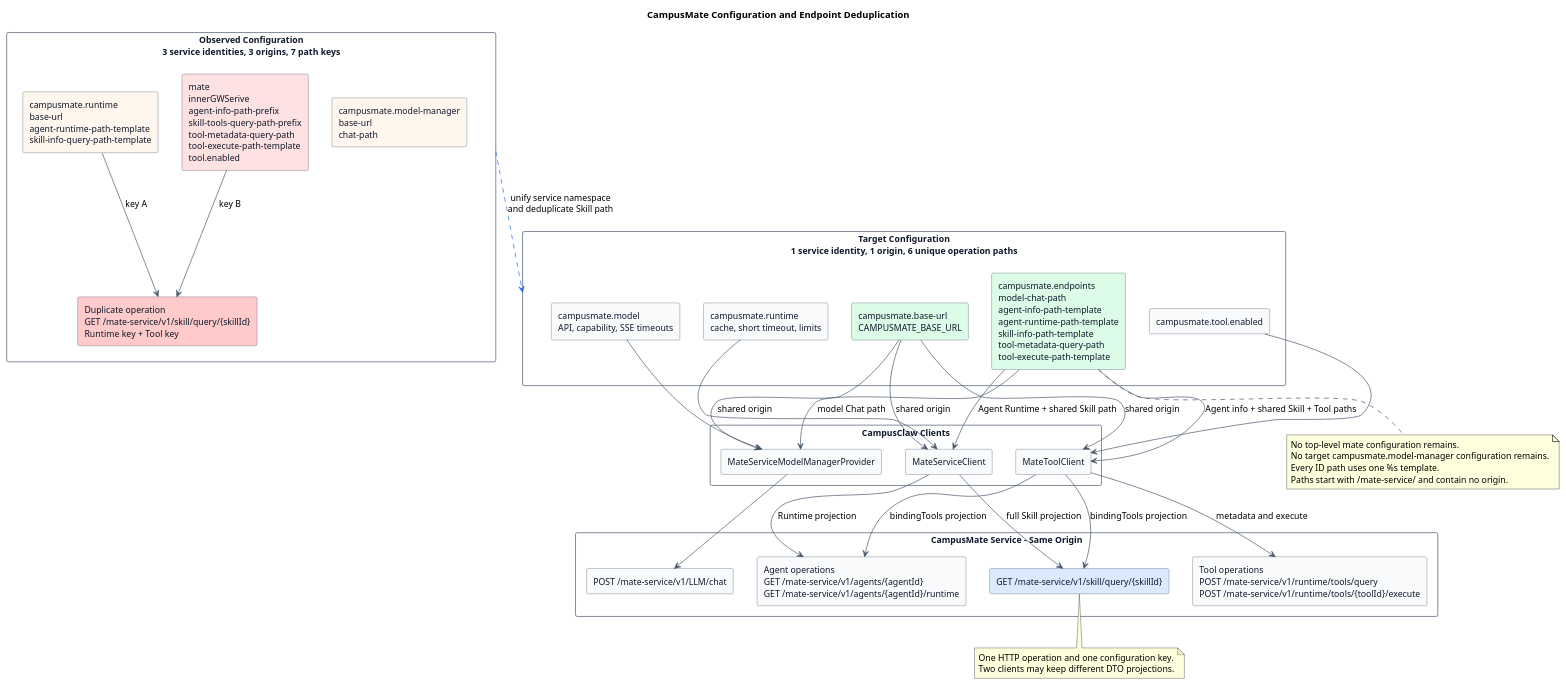
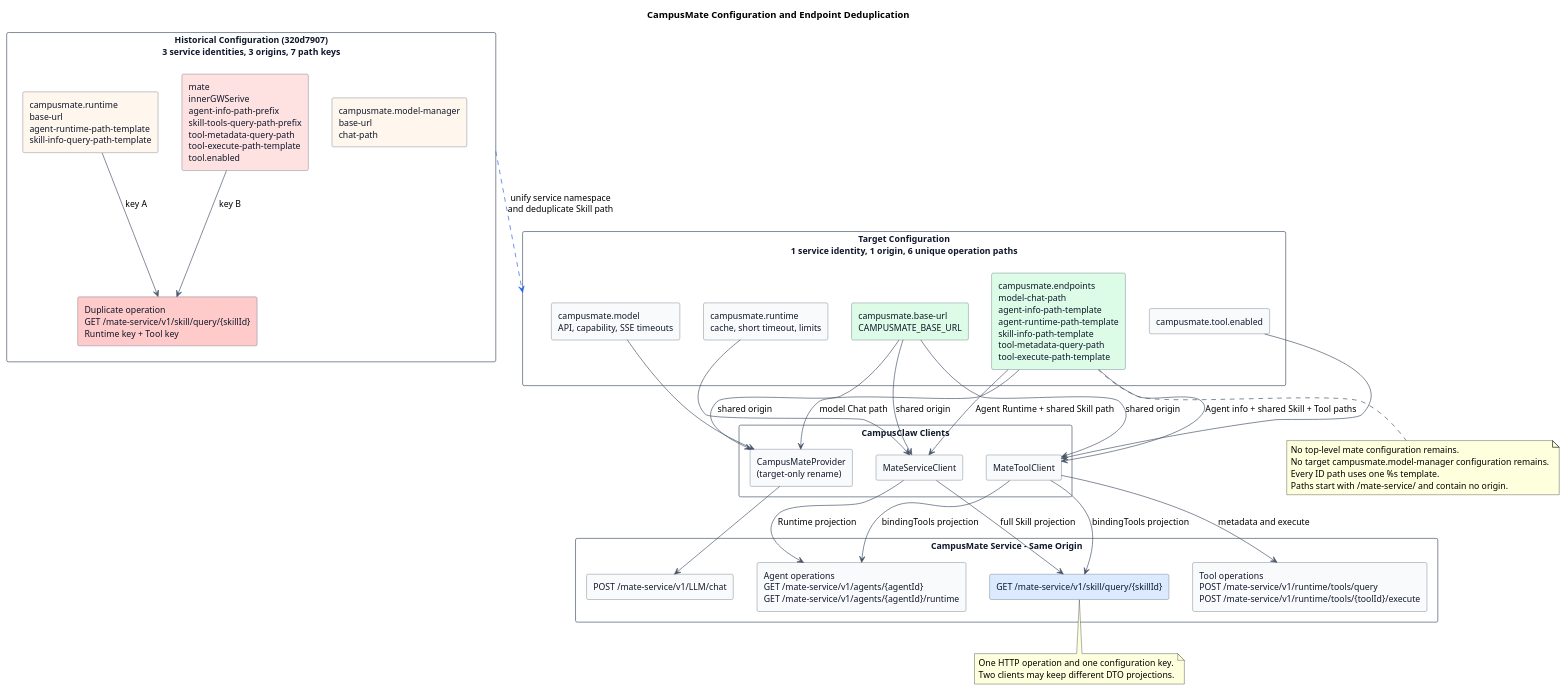
Before and after one commit to ssm0808/pi-mono-java-design: the diagram in 02-服务与接口/02-CampusMate共享客户端配置/diagram.puml, drawn with PlantUML. The commit also changed 17 other files, not shown here.

Commit message:
docs(ai): 统一 CampusMate 命名并明确 AI 削减边界

```diff
--- a/02-服务与接口/02-CampusMate共享客户端配置/diagram.puml
+++ b/02-服务与接口/02-CampusMate共享客户端配置/diagram.puml
@@ -1,99 +1,102 @@
 @startuml campusmate_shared_base_url_configuration
 title CampusMate Configuration and Endpoint Deduplication
 
+' Source evidence baseline: pi-mono-java 320d790726a70aada6100052952d5494d2a378ac
+' Local rename evidence: pi-mono-java f61906b9136246ca60f333704b6fc92b5420d0ec
+' Target-only: rename the Provider; configuration keys and endpoint semantics stay unchanged.
 ' Source evidence:
 ' pi-mono-java modules/coding-agent-cli/src/main/resources/application.yml:89-140
 ' pi-mono-java modules/ai/src/main/java/com/campusclaw/ai/provider/mate/MateServiceModelManagerProvider.java:68-76 and eventFlux
 ' pi-mono-java modules/coding-agent-cli/src/main/java/com/campusclaw/codingagent/runtime/MateServiceClient.java:43-113 and 184-197
 ' pi-mono-java modules/coding-agent-cli/src/main/java/com/campusclaw/codingagent/config/MateToolAutoConfiguration.java:31-81
 ' pi-mono-java modules/coding-agent-cli/src/main/java/com/campusclaw/codingagent/common/client/HttpMateToolClient.java:41-190 and 299-320
 ' pi-mono-java modules/coding-agent-cli/src/main/java/com/campusclaw/codingagent/common/dto/SkillInfoResult.java:12-20
 ' mate-service src/main/java/com/huawei/hicampus/mate/agentdefinition/controller/AgentDefinitionController.java:38-73
 ' mate-service src/main/java/com/huawei/hicampus/mate/agentdefinition/modelmanager/controller/LlmChatController.java:35-55
 ' Observed behavior: three configuration roots own three origins and seven path keys.
 ' Observed duplication: two keys normalize to GET /mate-service/v1/skill/query/{skillId}.
 ' Product constraint: Mate and CampusMate are one service identity.
 ' Architecture change: one campusmate tree owns one origin and six unique operation paths.
 ' Architecture change: target model options move from campusmate.model-manager to campusmate.model.
 ' Security hardening: endpoint paths cannot carry another origin.
 ' Target-only server scope: Skill and Tool controllers were not found in the analyzed mate-service baseline.
 
 skinparam backgroundColor #FFFFFF
 skinparam shadowing false
 skinparam defaultFontName Arial
 skinparam defaultFontSize 13
 skinparam componentStyle rectangle
 skinparam component {
   BackgroundColor #F8FAFC
   BorderColor #475569
   FontColor #0F172A
 }
 skinparam rectangle {
   BackgroundColor #FFFFFF
   BorderColor #475569
   FontColor #0F172A
 }
 skinparam ArrowColor #475569
 
-rectangle "Observed Configuration\n3 service identities, 3 origins, 7 path keys" as Before {
+rectangle "Historical Configuration (320d7907)\n3 service identities, 3 origins, 7 path keys" as Before {
   component "campusmate.model-manager\nbase-url\nchat-path" as OldModel #FFF7ED
   component "campusmate.runtime\nbase-url\nagent-runtime-path-template\nskill-info-query-path-template" as OldRuntime #FFF7ED
   component "mate\ninnerGWSerive\nagent-info-path-prefix\nskill-tools-query-path-prefix\ntool-metadata-query-path\ntool-execute-path-template\ntool.enabled" as OldTool #FEE2E2
   component "Duplicate operation\nGET /mate-service/v1/skill/query/{skillId}\nRuntime key + Tool key" as Duplicate #FECACA
 
   OldRuntime --> Duplicate : key A
   OldTool --> Duplicate : key B
 }
 
 rectangle "Target Configuration\n1 service identity, 1 origin, 6 unique operation paths" as After {
   component "campusmate.base-url\nCAMPUSMATE_BASE_URL" as BaseUrl #DCFCE7
   component "campusmate.endpoints\nmodel-chat-path\nagent-info-path-template\nagent-runtime-path-template\nskill-info-path-template\ntool-metadata-query-path\ntool-execute-path-template" as Endpoints #DCFCE7
   component "campusmate.model\nAPI, capability, SSE timeouts" as ModelOptions
   component "campusmate.runtime\ncache, short timeout, limits" as RuntimeOptions
   component "campusmate.tool.enabled" as ToolOptions
 }
 
 Before -down[#2563EB,dashed]-> After : unify service namespace\nand deduplicate Skill path
 
 rectangle "CampusClaw Clients" {
-  component "MateServiceModelManagerProvider" as ModelClient
+  component "CampusMateProvider\n(target-only rename)" as ModelClient
   component "MateServiceClient" as RuntimeClient
   component "MateToolClient" as ToolClient
 }
 
 rectangle "CampusMate Service - Same Origin" {
   component "POST /mate-service/v1/LLM/chat" as ChatEndpoint
   component "Agent operations\nGET /mate-service/v1/agents/{agentId}\nGET /mate-service/v1/agents/{agentId}/runtime" as AgentEndpoints
   component "GET /mate-service/v1/skill/query/{skillId}" as SkillEndpoint #DBEAFE
   component "Tool operations\nPOST /mate-service/v1/runtime/tools/query\nPOST /mate-service/v1/runtime/tools/{toolId}/execute" as ToolEndpoints
 }
 
 BaseUrl --> ModelClient : shared origin
 BaseUrl --> RuntimeClient : shared origin
 BaseUrl --> ToolClient : shared origin
 Endpoints --> ModelClient : model Chat path
 Endpoints --> RuntimeClient : Agent Runtime + shared Skill path
 Endpoints --> ToolClient : Agent info + shared Skill + Tool paths
 ModelOptions --> ModelClient
 RuntimeOptions --> RuntimeClient
 ToolOptions --> ToolClient
 
 ModelClient --> ChatEndpoint
 RuntimeClient --> AgentEndpoints : Runtime projection
 RuntimeClient --> SkillEndpoint : full Skill projection
 ToolClient --> AgentEndpoints : bindingTools projection
 ToolClient --> SkillEndpoint : bindingTools projection
 ToolClient --> ToolEndpoints : metadata and execute
 
 note bottom of SkillEndpoint
 One HTTP operation and one configuration key.
 Two clients may keep different DTO projections.
 end note
 
 note bottom of Endpoints
 No top-level mate configuration remains.
 No target campusmate.model-manager configuration remains.
 Every ID path uses one %s template.
 Paths start with /mate-service/ and contain no origin.
 end note
 @enduml
```
